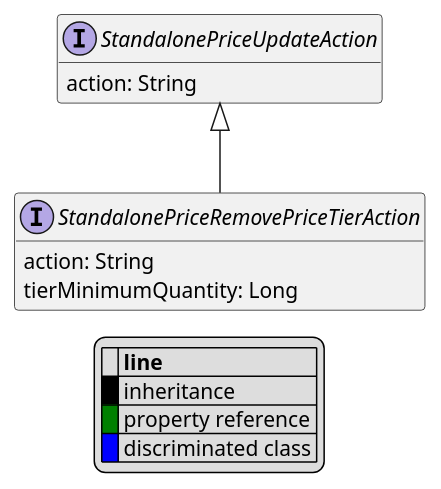
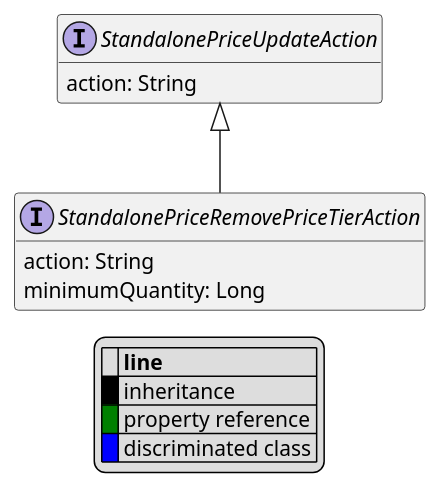
Before and after one commit to commercetools/commercetools-api-reference: the diagram in uml/api/StandalonePriceRemovePriceTierAction.puml, drawn with PlantUML. The commit also changed 5 other files, not shown here.

```diff
--- a/uml/api/StandalonePriceRemovePriceTierAction.puml
+++ b/uml/api/StandalonePriceRemovePriceTierAction.puml
@@ -1,23 +1,23 @@
 @startuml
 
 hide empty fields
 hide empty methods
 legend
 |= |= line |
 |<back:black>   </back>| inheritance |
 |<back:green>   </back>| property reference |
 |<back:blue>   </back>| discriminated class |
 endlegend
 interface StandalonePriceRemovePriceTierAction [[StandalonePriceRemovePriceTierAction.svg]] extends StandalonePriceUpdateAction {
     action: String
-    tierMinimumQuantity: Long
+    minimumQuantity: Long
 }
 interface StandalonePriceUpdateAction [[StandalonePriceUpdateAction.svg]]  {
     action: String
 }
 
 
 
 
 
 @enduml
```
